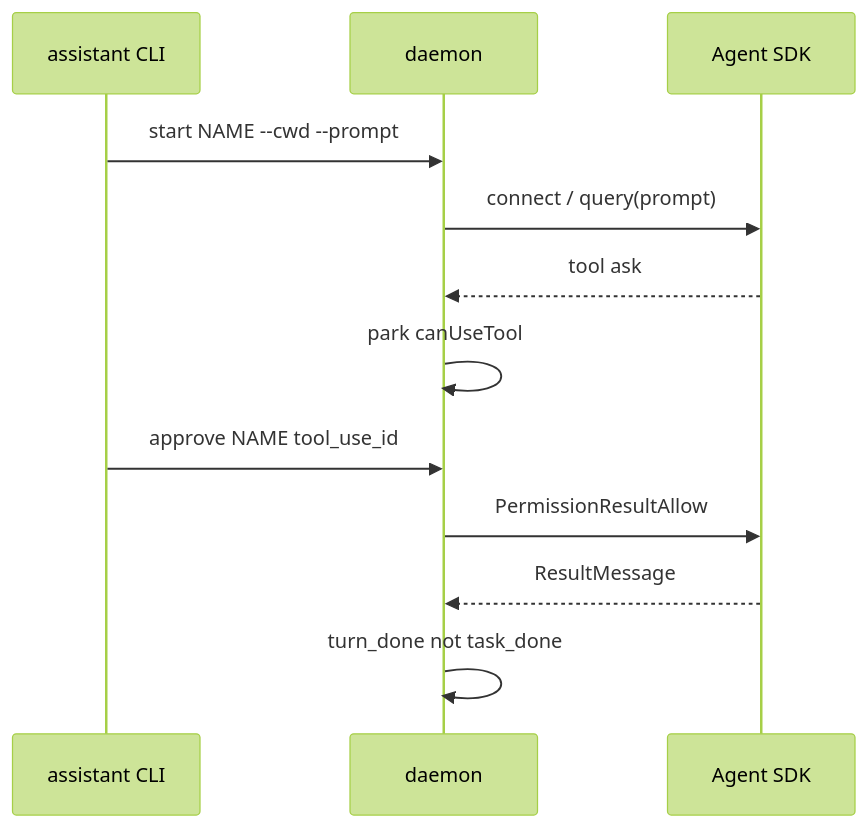
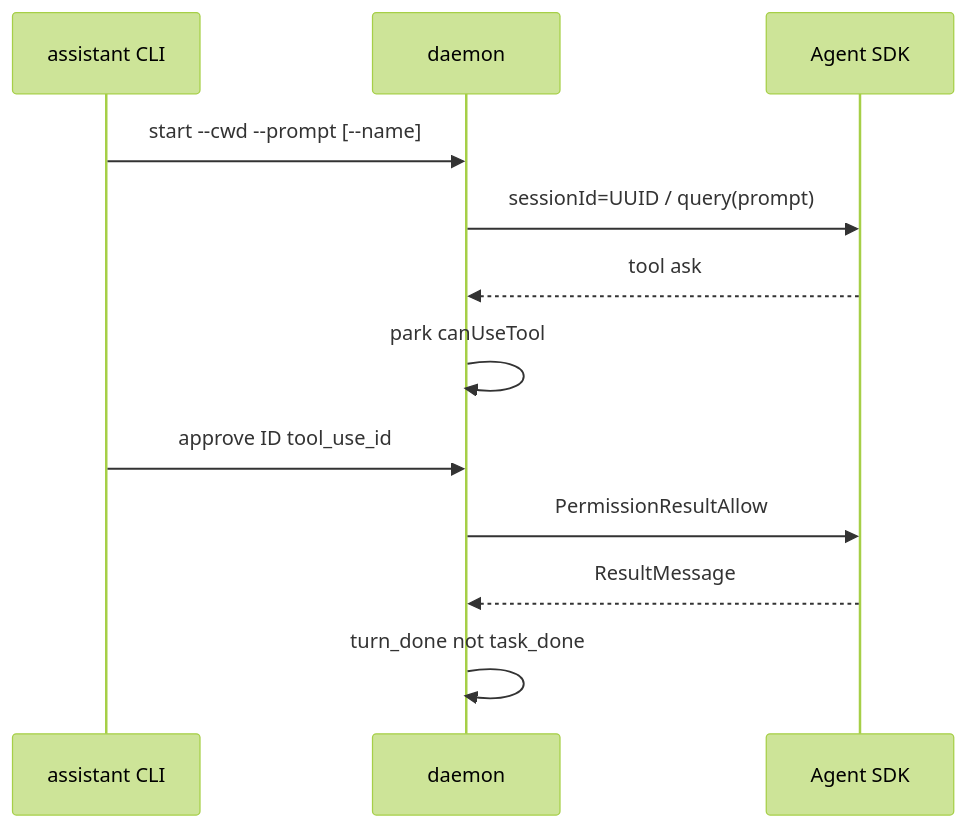
Before and after one commit to aimanagerwk/ccop: the diagram in README.md, drawn with Mermaid (forest theme). The commit also changed other lines of this file and 7 other files, not shown here.

````diff
--- a/README.md
+++ b/README.md
@@ -89,14 +58,14 @@
 ```mermaid
 sequenceDiagram
   participant A as assistant CLI
   participant D as daemon
   participant S as Agent SDK
-  A->>D: start NAME --cwd --prompt
-  D->>S: connect / query(prompt)
+  A->>D: start --cwd --prompt [--name]
+  D->>S: sessionId=UUID / query(prompt)
   S-->>D: tool ask
   D->>D: park canUseTool
-  A->>D: approve NAME tool_use_id
+  A->>D: approve ID tool_use_id
   D->>S: PermissionResultAllow
   S-->>D: ResultMessage
   D->>D: turn_done not task_done
 ```
````
